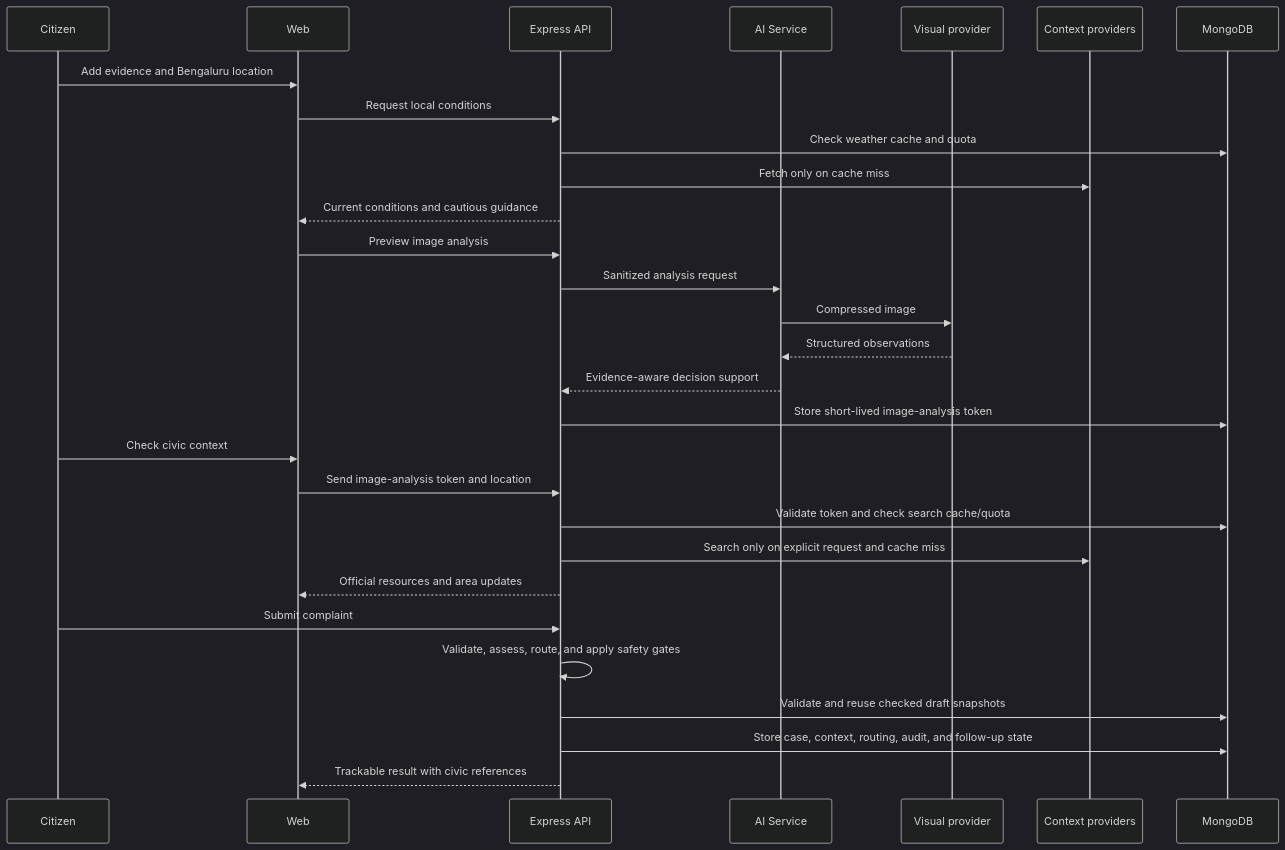
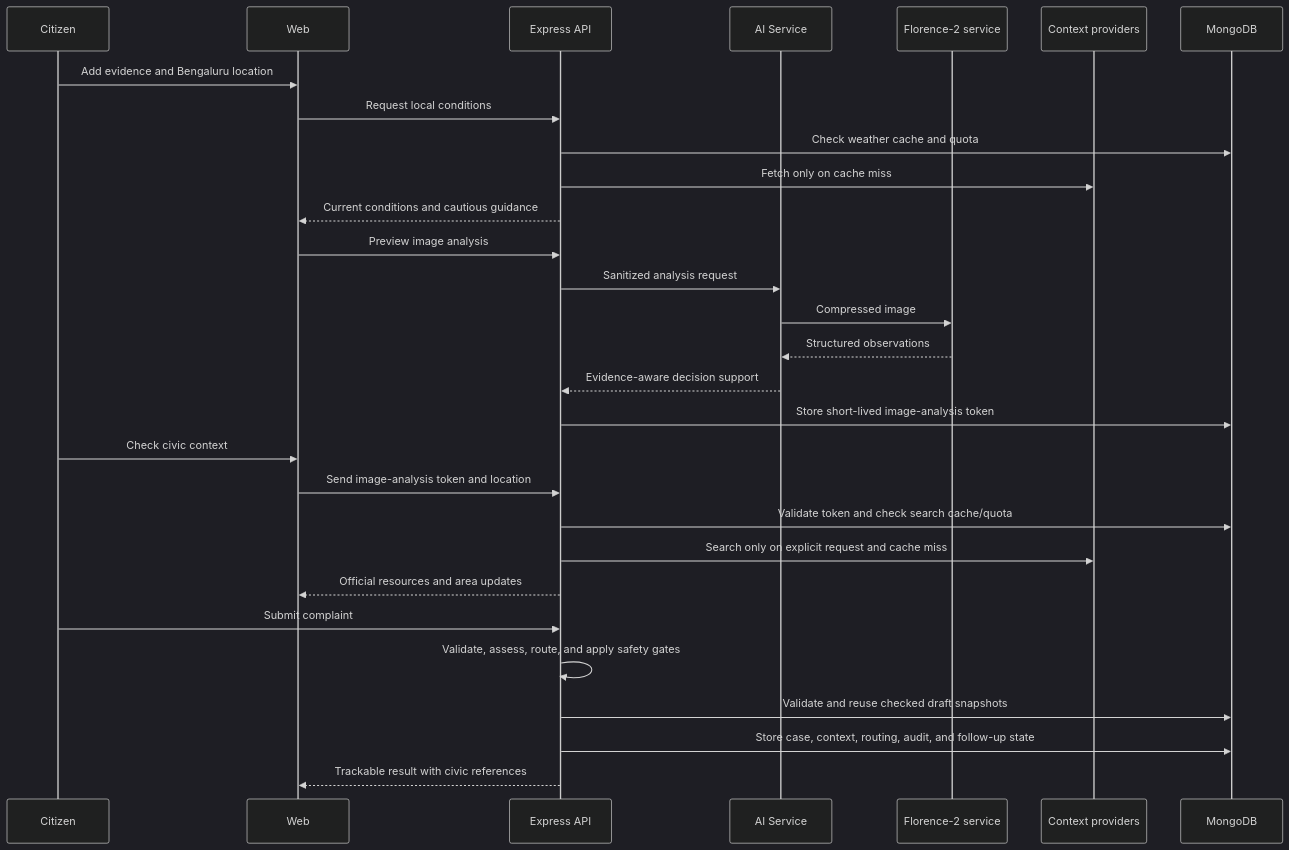
Before and after one commit to Shreyas0047/Ai-powered-Smart-Community-Problem-Detection: the second of 2 diagrams in README.md, drawn with Mermaid (dark theme). The commit also changed other lines of this file and 1 other file, not shown here.

```diff
--- a/README.md
+++ b/README.md
@@ -169,32 +168,32 @@
 ~~~mermaid
 sequenceDiagram
     participant U as Citizen
     participant W as Web
     participant A as Express API
     participant I as AI Service
-    participant V as Visual provider
+    participant V as Florence-2 service
     participant C as Context providers
     participant D as MongoDB
 
     U->>W: Add evidence and Bengaluru location
     W->>A: Request local conditions
     A->>D: Check weather cache and quota
     A->>C: Fetch only on cache miss
     A-->>W: Current conditions and cautious guidance
     W->>A: Preview image analysis
     A->>I: Sanitized analysis request
     I->>V: Compressed image
     V-->>I: Structured observations
     I-->>A: Evidence-aware decision support
     A->>D: Store short-lived image-analysis token
     U->>W: Check civic context
     W->>A: Send image-analysis token and location
     A->>D: Validate token and check search cache/quota
     A->>C: Search only on explicit request and cache miss
     A-->>W: Official resources and area updates
     U->>A: Submit complaint
     A->>A: Validate, assess, route, and apply safety gates
     A->>D: Validate and reuse checked draft snapshots
     A->>D: Store case, context, routing, audit, and follow-up state
     A-->>W: Trackable result with civic references
 ~~~
```
